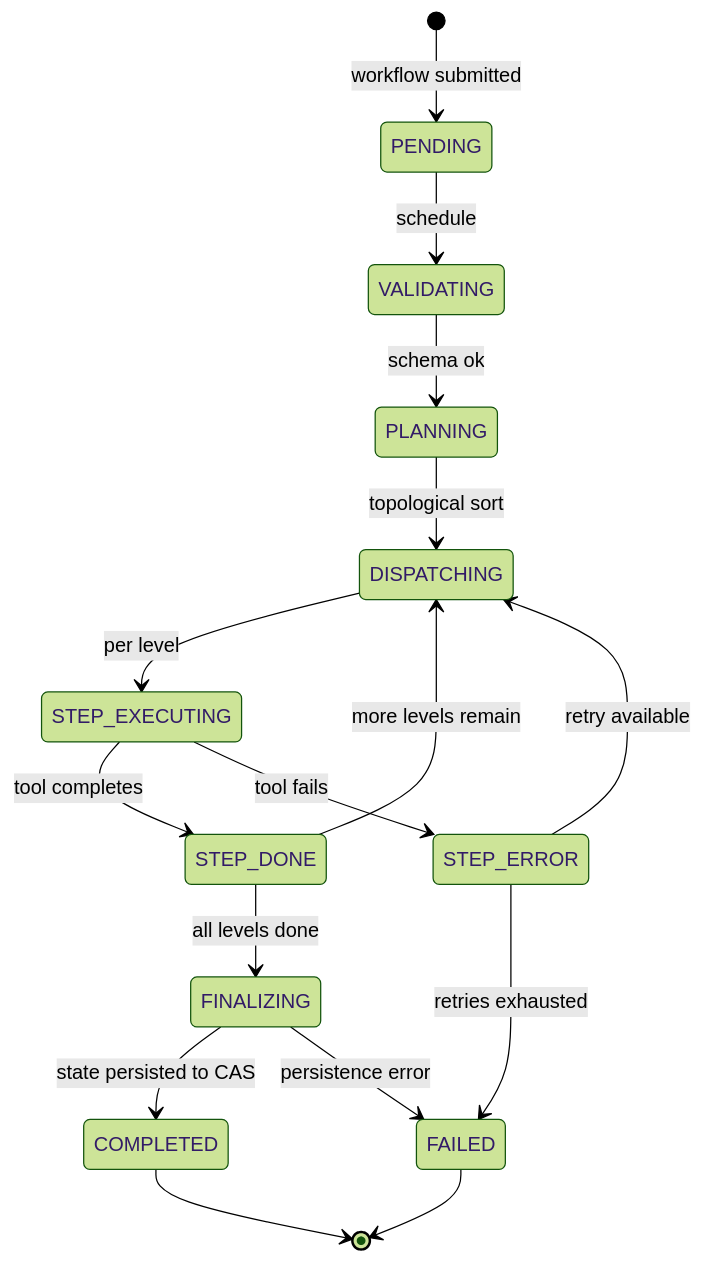
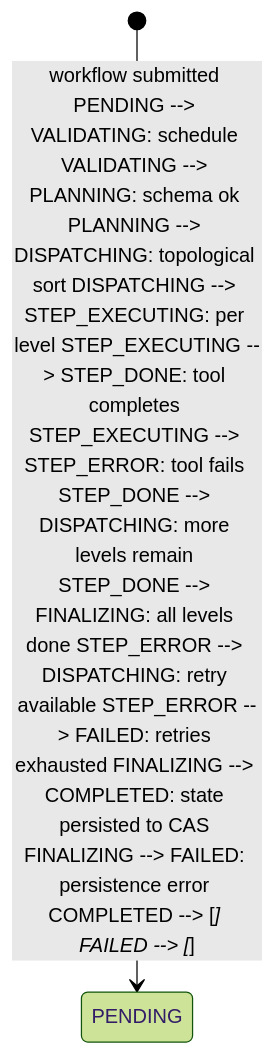
One commit to polyipseity/mediapm changed the second of 2 diagrams in src/mediapm-conductor/AGENTS.md. Above: the diagram before and after it, drawn with Mermaid (forest theme). The commit also changed other lines of this file and 4 other files, not shown here.

````diff
--- a/src/mediapm-conductor/AGENTS.md
+++ b/src/mediapm-conductor/AGENTS.md
@@ -990,18 +962,3 @@
 ```mermaid
-stateDiagram-v2
-    [*] --> PENDING: workflow submitted
-    PENDING --> VALIDATING: schedule
-    VALIDATING --> PLANNING: schema ok
-    PLANNING --> DISPATCHING: topological sort
-    DISPATCHING --> STEP_EXECUTING: per level
-    STEP_EXECUTING --> STEP_DONE: tool completes
-    STEP_EXECUTING --> STEP_ERROR: tool fails
-    STEP_DONE --> DISPATCHING: more levels remain
-    STEP_DONE --> FINALIZING: all levels done
-    STEP_ERROR --> DISPATCHING: retry available
-    STEP_ERROR --> FAILED: retries exhausted
-    FINALIZING --> COMPLETED: state persisted to CAS
-    FINALIZING --> FAILED: persistence error
-    COMPLETED --> [*]
-    FAILED --> [*]
+stateDiagram-v2 [*] --> PENDING: workflow submitted PENDING --> VALIDATING: schedule VALIDATING --> PLANNING: schema ok PLANNING --> DISPATCHING: topological sort DISPATCHING --> STEP_EXECUTING: per level STEP_EXECUTING --> STEP_DONE: tool completes STEP_EXECUTING --> STEP_ERROR: tool fails STEP_DONE --> DISPATCHING: more levels remain STEP_DONE --> FINALIZING: all levels done STEP_ERROR --> DISPATCHING: retry available STEP_ERROR --> FAILED: retries exhausted FINALIZING --> COMPLETED: state persisted to CAS FINALIZING --> FAILED: persistence error COMPLETED --> [*] FAILED --> [*]
 ```
````
